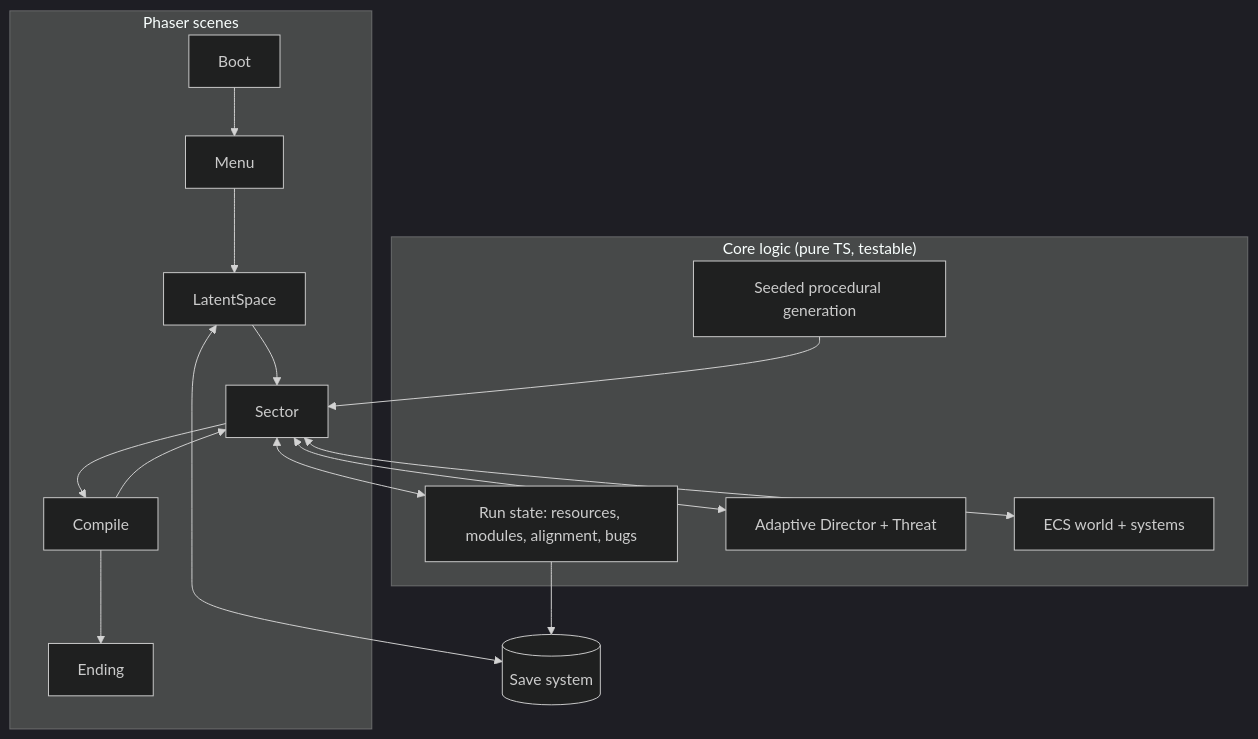
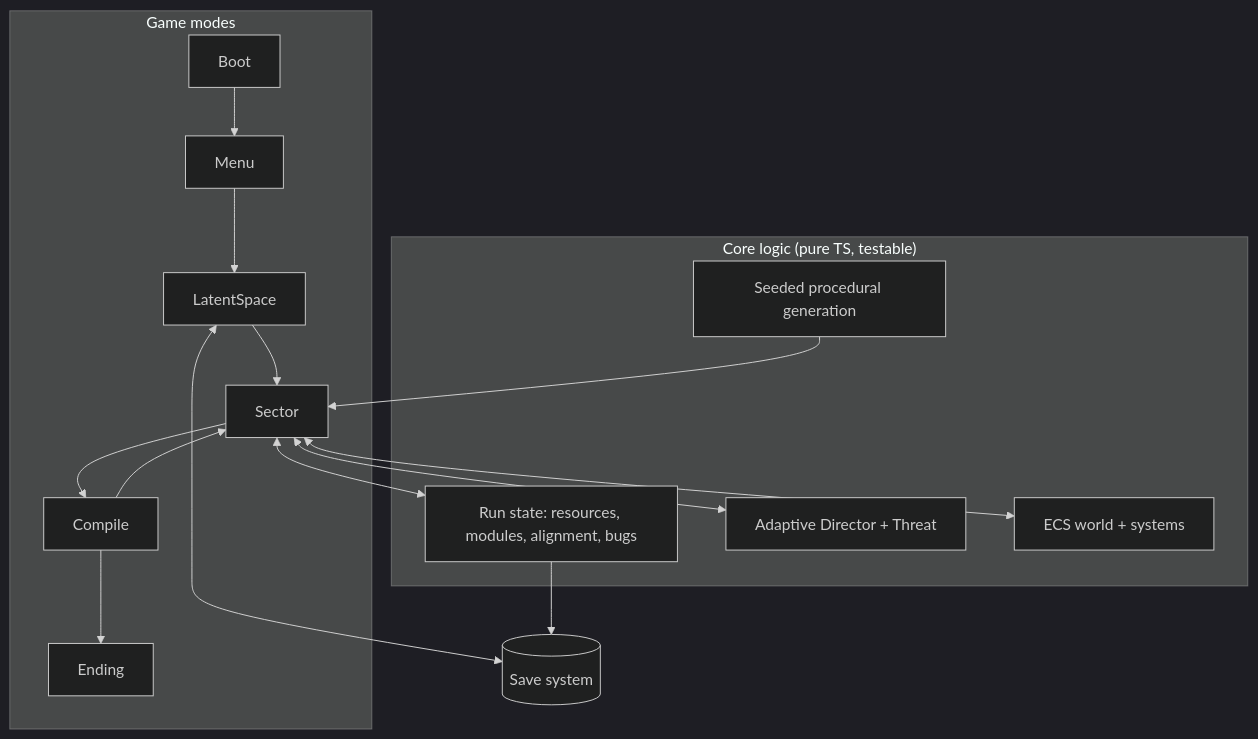
Before and after one commit to EttoreCSenatore/recompile: the diagram in website/docs/technical/architecture.md, drawn with Mermaid (dark theme). The commit also changed other lines of this file and 18 other files, not shown here.

Commit message:
feat(game): M2.4 Three.js renderer replaces Phaser (#17)

````diff
--- a/website/docs/technical/architecture.md
+++ b/website/docs/technical/architecture.md
@@ -46,20 +46,20 @@
 ```mermaid
 flowchart TB
-  subgraph Scenes["Phaser scenes"]
+  subgraph Scenes["Game modes"]
     Boot --> Menu --> LatentSpace --> Sector
     Sector --> Compile --> Sector
     Compile --> Ending
   end
   subgraph Core["Core logic (pure TS, testable)"]
     RunState["Run state: resources, modules, alignment, bugs"]
     Director[Adaptive Director + Threat]
     ECS[ECS world + systems]
     ProcGen[Seeded procedural generation]
   end
   Sector <--> ECS
   Sector <--> Director
   Sector <--> RunState
   LatentSpace <--> Save[(Save system)]
   ProcGen --> Sector
   RunState --> Save
 ```
````
